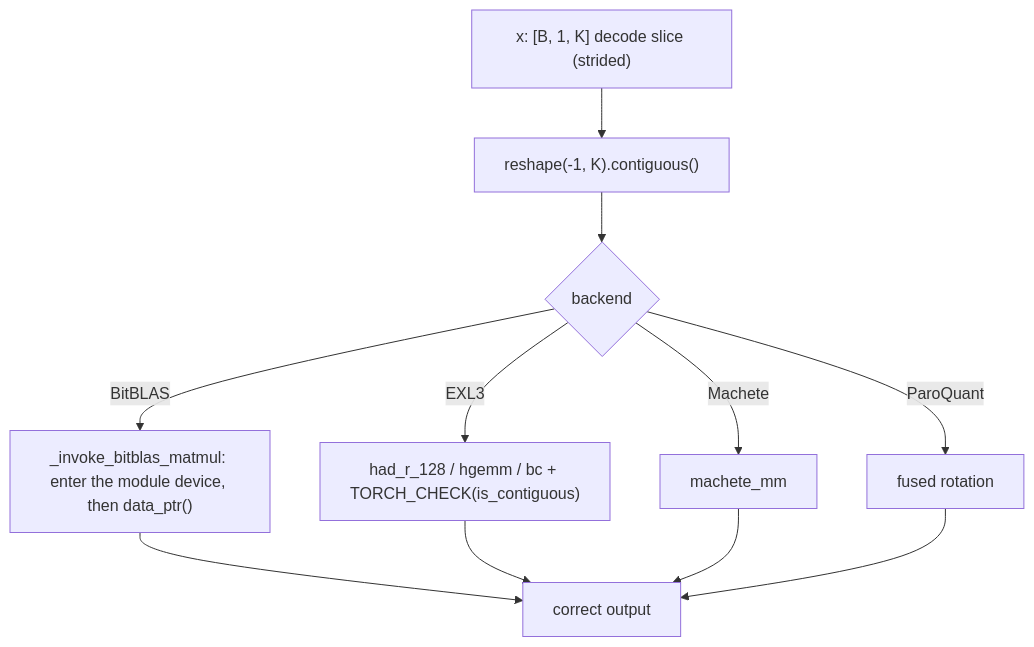
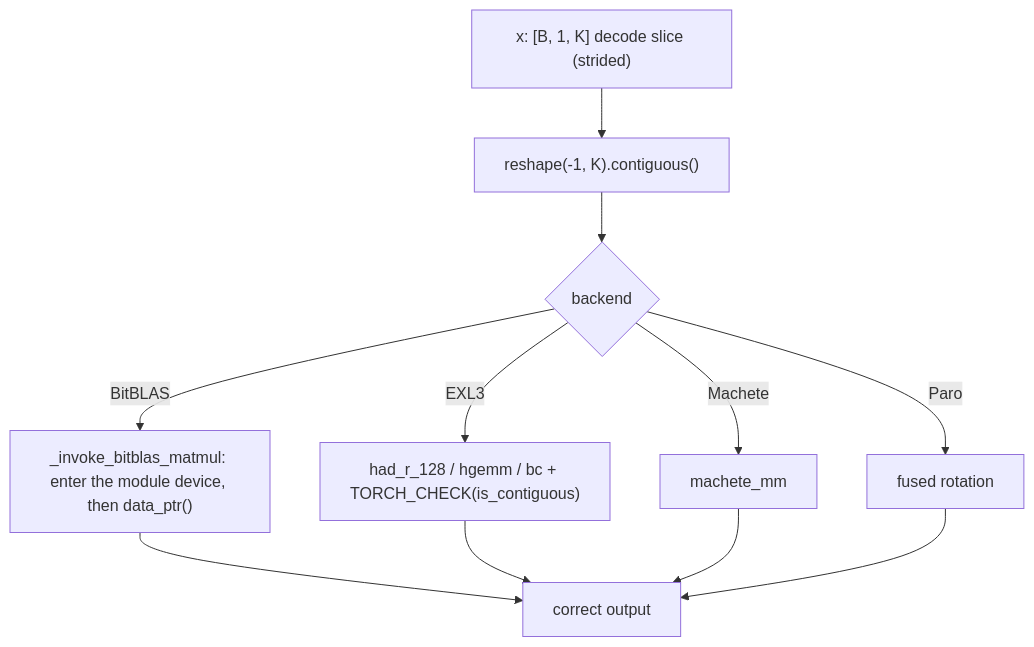
One commit to ModelCloud/GPTQModel changed the second of 7 diagrams in docs/kernel-input-contiguity.md. Above: the diagram before and after it, drawn with Mermaid. The commit also changed other lines of this file and 233 other files, not shown here.

Commit message:
refactor(paro): rename ParoQuant to Paro

````diff
--- a/docs/kernel-input-contiguity.md
+++ b/docs/kernel-input-contiguity.md
@@ -35,13 +35,13 @@
 ```mermaid
 flowchart TD
     A["x: [B, 1, K] decode slice (strided)"] --> B["reshape(-1, K).contiguous()"]
     B --> C{"backend"}
     C -- BitBLAS --> D["_invoke_bitblas_matmul: enter the module device, then data_ptr()"]
     C -- EXL3 --> E["had_r_128 / hgemm / bc + TORCH_CHECK(is_contiguous)"]
     C -- Machete --> F["machete_mm"]
-    C -- ParoQuant --> G["fused rotation"]
+    C -- Paro --> G["fused rotation"]
     D --> H["correct output"]
     E --> H
     F --> H
     G --> H
 ```
````
